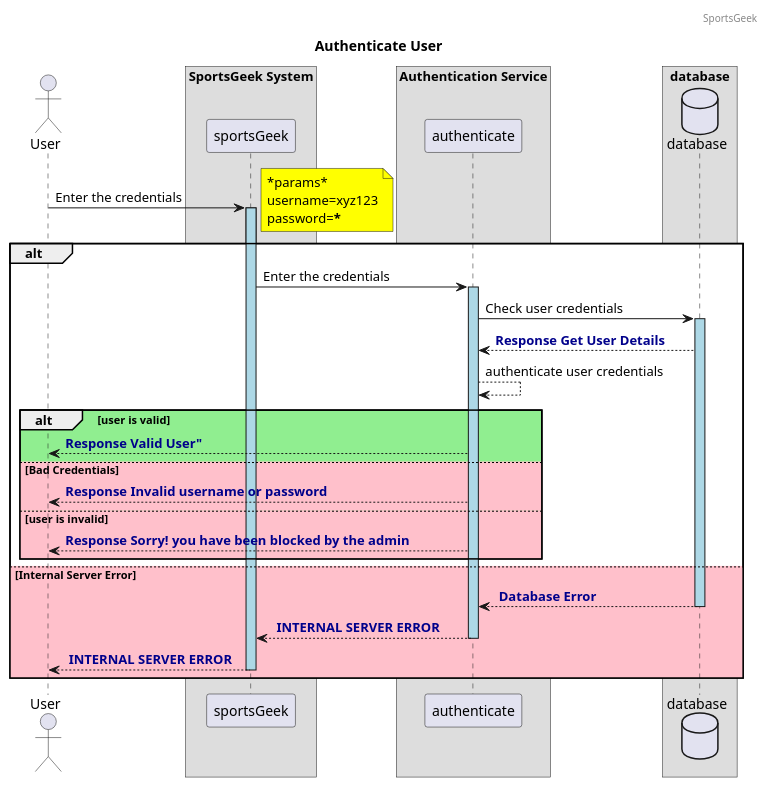
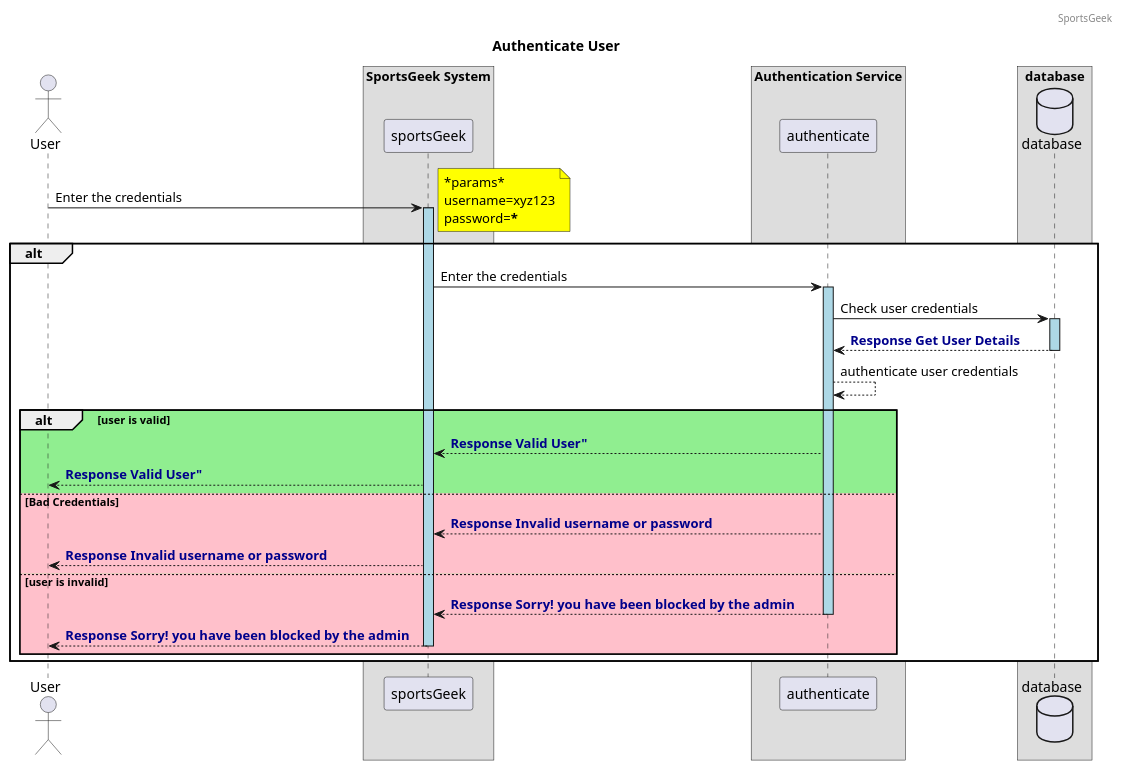
The diagram in src/doc/sequenceDiagram/autneticateUser.puml (suraj903/sportsgeek_backend-1), drawn with PlantUML before and after one commit. The commit also changed 19 other files, not shown here.

Commit message:
Sequence Diagram implementation --sajesh

```diff
--- a/src/doc/sequenceDiagram/autneticateUser.puml
+++ b/src/doc/sequenceDiagram/autneticateUser.puml
@@ -1,46 +1,45 @@
 @startuml
 header SportsGeek
 title Authenticate User
 skinparam ParticipantPadding 10
 skinparam BoxPadding 20
 actor User
 box "SportsGeek System"
  participant sportsGeek
 end box
 box "Authentication Service"
  participant authenticate
 end box
 box "database"
     database database
 end box
 
 User -> sportsGeek: Enter the credentials
 activate sportsGeek #lightblue
 note right #yellow
     *params*
     username=xyz123
     password=*****
     end note
 alt #white
 sportsGeek -> "authenticate" : Enter the credentials
 activate authenticate #lightblue
     authenticate -> "database" : Check user credentials
 activate "database" #lightblue
         "database" --> authenticate : <font color=darkblue><b>Response Get User Details
+deactivate "database"
 authenticate --> "authenticate" : authenticate user credentials
 alt #lightgreen user is valid
-"authenticate" --> User : <font color=darkblue><b>Response Valid User"
+"authenticate" --> "sportsGeek" : <font color=darkblue><b>Response Valid User"
+"sportsGeek" --> User : <font color=darkblue><b>Response Valid User"
 else #pink Bad Credentials
-"authenticate" --> User : <font color=darkblue><b>Response Invalid username or password
+"authenticate" --> "sportsGeek" : <font color=darkblue><b>Response Invalid username or password
+"sportsGeek" --> User : <font color=darkblue><b>Response Invalid username or password
 else #pink user is invalid
-"authenticate" --> User : <font color=darkblue><b>Response Sorry! you have been blocked by the admin
-end alt
-else #pink Internal Server Error
-"database" --> "authenticate" : <font color=darkblue><b> Database Error
-deactivate "database"
-"authenticate" --> "sportsGeek" : <font color=darkblue><b> INTERNAL SERVER ERROR
+"authenticate" --> "sportsGeek" : <font color=darkblue><b>Response Sorry! you have been blocked by the admin
 deactivate "authenticate"
-"sportsGeek" --> User : <font color=darkblue><b> INTERNAL SERVER ERROR
+"sportsGeek" --> User : <font color=darkblue><b>Response Sorry! you have been blocked by the admin
 deactivate "sportsGeek"
 end alt
+end alt
 @enduml
```
